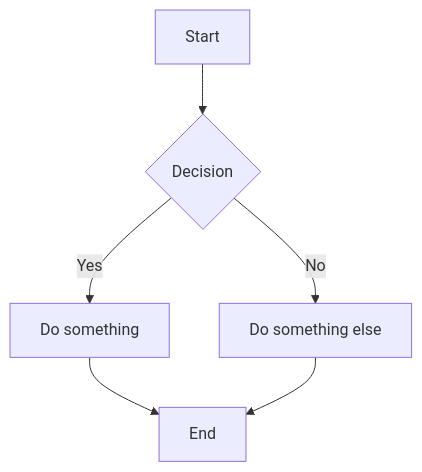
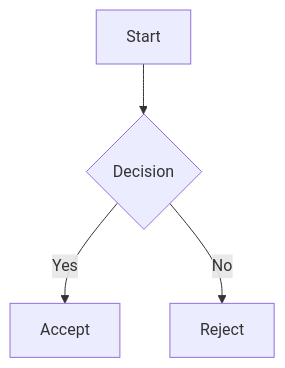
One commit to 80avin/mmdflux changed the second of 3 diagrams in README.md. Above: the diagram before and after it, drawn with Mermaid. The commit also changed other lines of this file and 9 other files, not shown here.

First line of the commit message:
Implement ASCII renderer for Mermaid flowcharts

````diff
--- a/README.md
+++ b/README.md
@@ -46,8 +62,6 @@
 ```mermaid
 graph TD
     A[Start] --> B{Decision}
-    B -->|Yes| C[Do something]
-    B -->|No| D[Do something else]
-    C --> E[End]
-    D --> E
+    B -->|Yes| C[Accept]
+    B -->|No| D[Reject]
 ```
````
